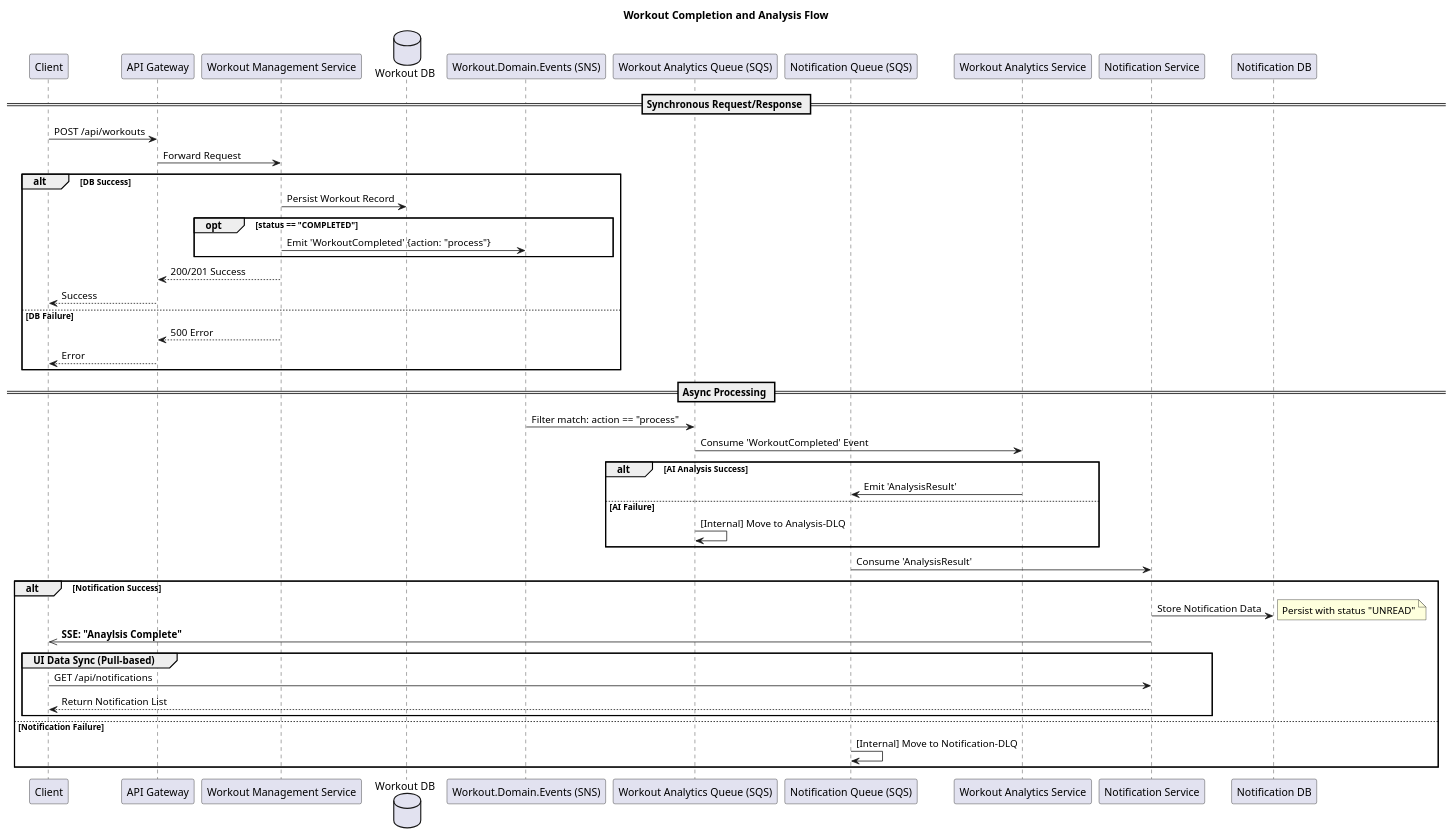
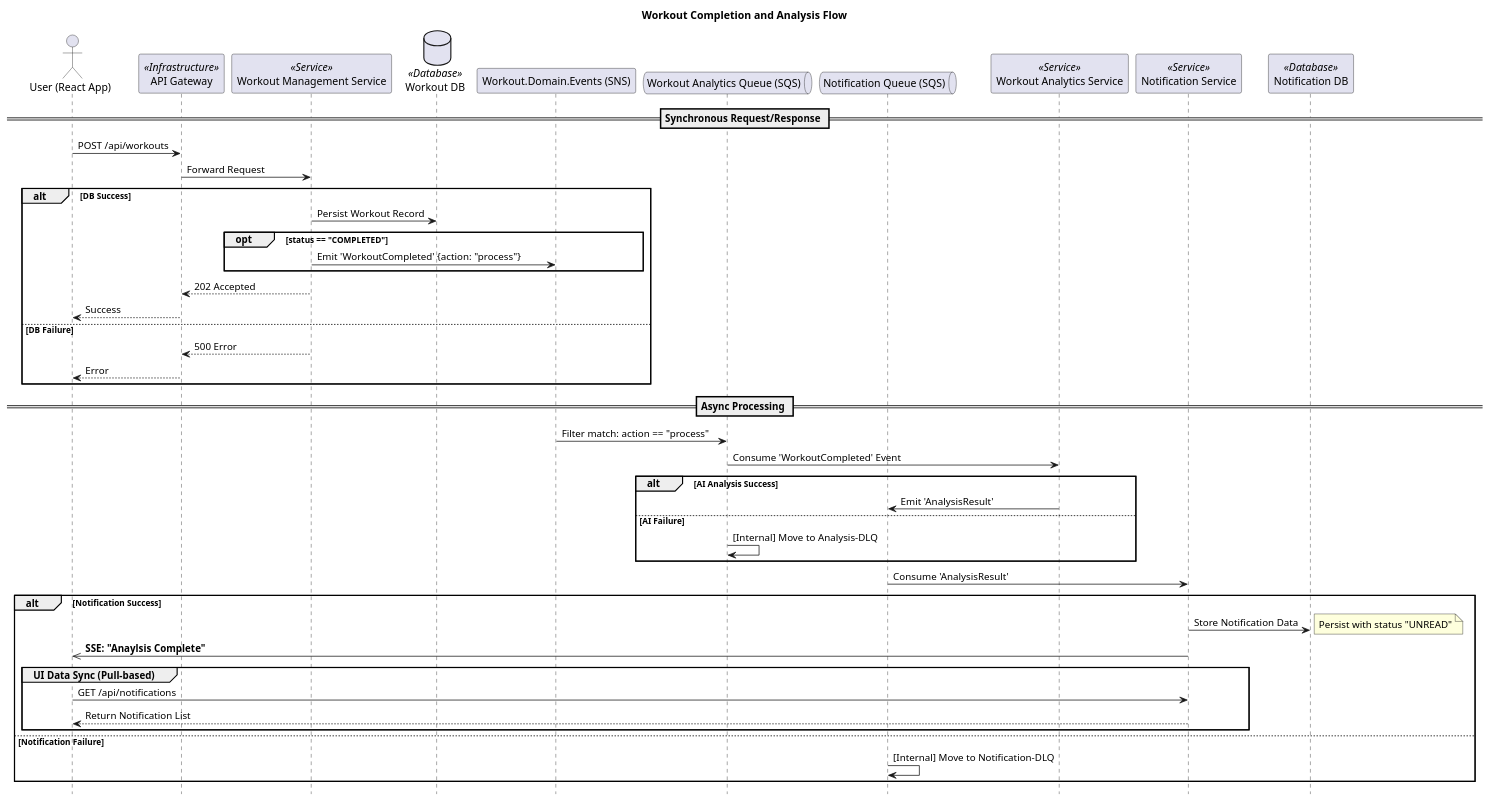
The diagram in arc42/images/workout-update.puml (apratt3377/fitness-tracker), drawn with PlantUML before and after one commit. The commit also changed 45 other files, not shown here.

```diff
--- a/arc42/images/workout-update.puml
+++ b/arc42/images/workout-update.puml
@@ -1,67 +1,68 @@
 @startuml
+hide footbox
 title Workout Completion and Analysis Flow
 
 ' Tier 1: External & Entry
-participant "Client" as C
-participant "API Gateway" as APIG
+actor "User (React App)" as C
+participant "API Gateway" as APIG <<Infrastructure>>
 
 ' Tier 2: Core Domain
-participant "Workout Management Service" as WS
-database "Workout DB" as WDB
+participant "Workout Management Service" as WS <<Service>>
+database "Workout DB" as WDB <<Database>>
 
 ' Tier 3: Async Infrastructure
 participant "Workout.Domain.Events (SNS)" as SNS
-participant "Workout Analytics Queue (SQS)" as AQ
-participant "Notification Queue (SQS)" as NQ
+queue "Workout Analytics Queue (SQS)" as AQ
+queue "Notification Queue (SQS)" as NQ
 
 ' Tier 4: Downstream Consumers
-participant "Workout Analytics Service" as AS
-participant "Notification Service" as NS
-participant "Notification DB" as NDB
+participant "Workout Analytics Service" as AS <<Service>>
+participant "Notification Service" as NS <<Service>>
+participant "Notification DB" as NDB <<Database>>
 
 == Synchronous Request/Response ==
 
 C -> APIG : POST /api/workouts
 APIG -> WS : Forward Request
 
 alt DB Success
     WS -> WDB : Persist Workout Record
 
     opt status == "COMPLETED"
         WS -> SNS : Emit 'WorkoutCompleted' {action: "process"}
     end
     
-    WS --> APIG : 200/201 Success
+    WS --> APIG : 202 Accepted
     APIG --> C : Success
 else DB Failure
     WS --> APIG : 500 Error
     APIG --> C : Error
 end
 
 == Async Processing ==
 
 SNS -> AQ : Filter match: action == "process"
 AQ -> AS : Consume 'WorkoutCompleted' Event
 
 alt AI Analysis Success
     AS -> NQ : Emit 'AnalysisResult'
 else AI Failure
     AQ -> AQ : [Internal] Move to Analysis-DLQ
 end
 
 NQ -> NS : Consume 'AnalysisResult'
 alt Notification Success
     NS -> NDB : Store Notification Data
     note right: Persist with status "UNREAD"
 
     NS ->> C: **SSE: "Anaylsis Complete"**
 
     group UI Data Sync (Pull-based)
         C -> NS: GET /api/notifications
         NS --> C: Return Notification List
     end
 else Notification Failure
     NQ -> NQ : [Internal] Move to Notification-DLQ
 end
 
 @enduml
```
